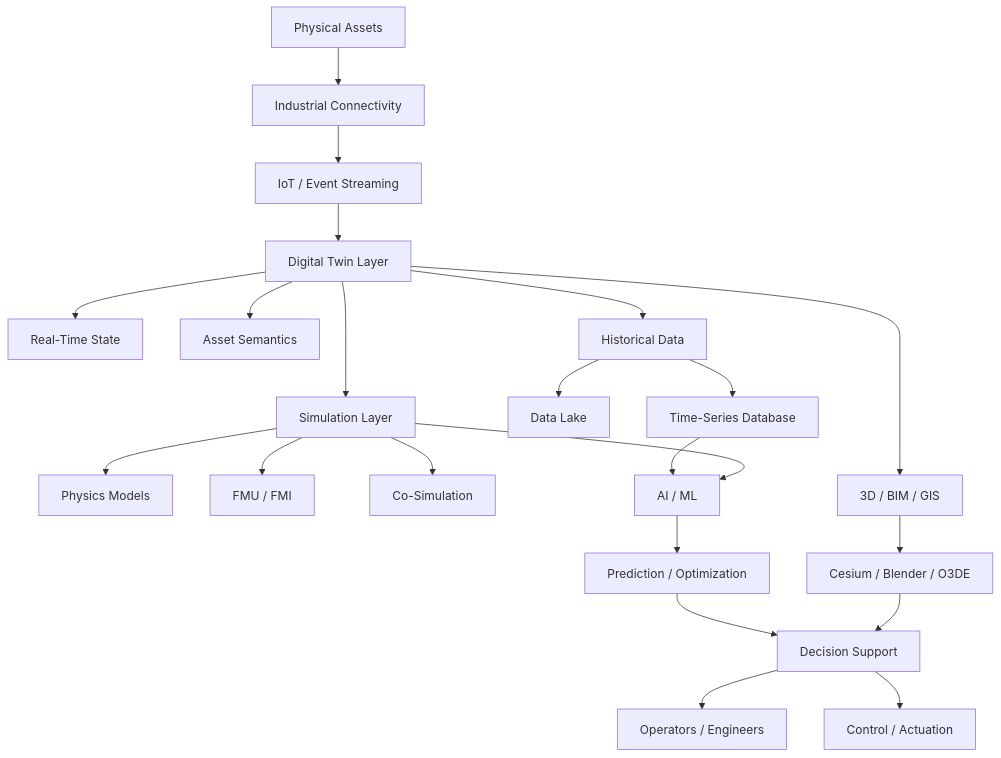
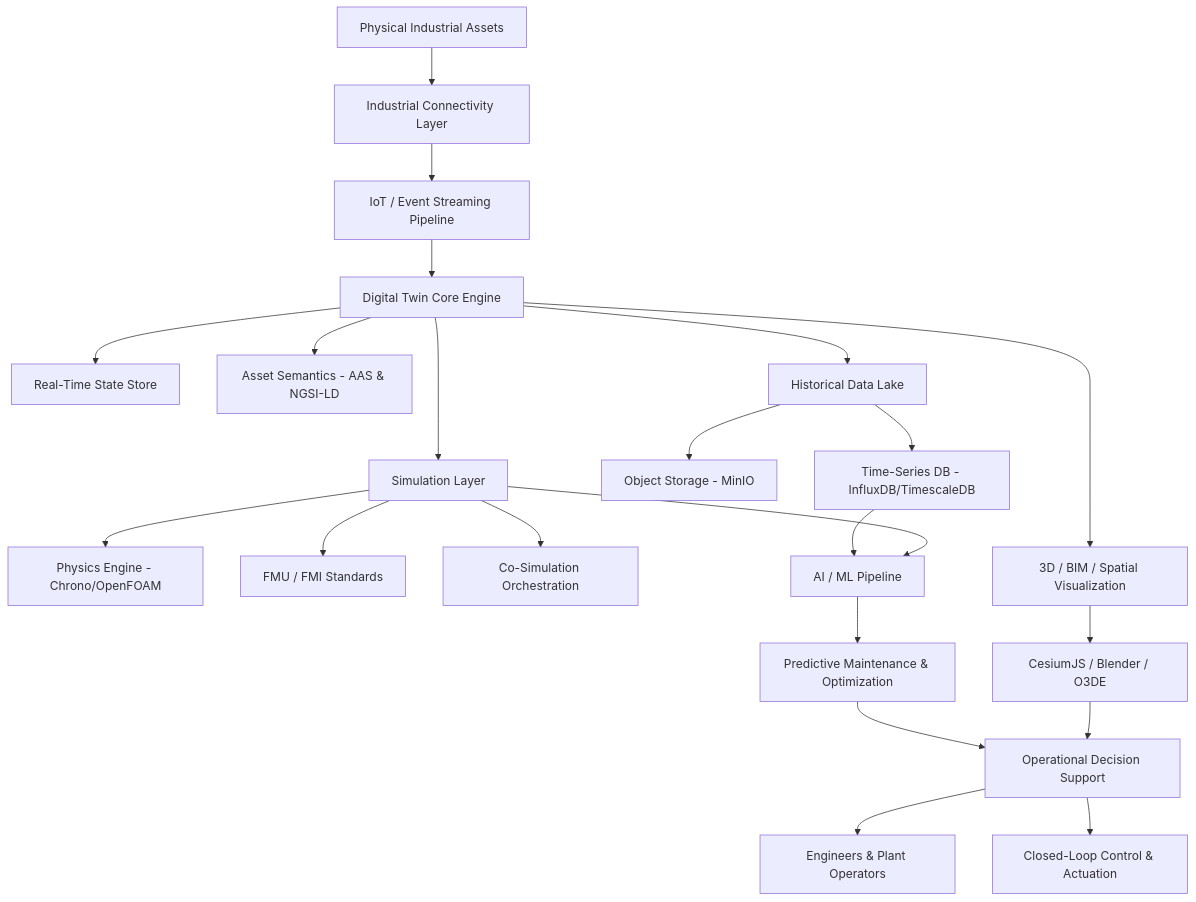
Before and after one commit to ishandutta2007/Awesome-Simulation-n-Digital-Twin-Platform: the first of 2 diagrams in README.md, drawn with Mermaid. The commit also changed other lines of this file and 2 other files, not shown here.

````diff
--- a/README.md
+++ b/README.md
@@ -979,31 +429,31 @@
 ```mermaid
 flowchart TB
-    A[Physical Assets] --> B[Industrial Connectivity]
-    B --> C[IoT / Event Streaming]
-    C --> D[Digital Twin Layer]
+    A[Physical Industrial Assets] --> B[Industrial Connectivity Layer]
+    B --> C[IoT / Event Streaming Pipeline]
+    C --> D[Digital Twin Core Engine]
 
-    D --> E[Real-Time State]
-    D --> F[Asset Semantics]
-    D --> G[Historical Data]
+    D --> E[Real-Time State Store]
+    D --> F[Asset Semantics - AAS & NGSI-LD]
+    D --> G[Historical Data Lake]
 
-    G --> H[Time-Series Database]
-    G --> I[Data Lake]
+    G --> H[Time-Series DB - InfluxDB/TimescaleDB]
+    G --> I[Object Storage - MinIO]
 
     D --> J[Simulation Layer]
-    J --> K[Physics Models]
-    J --> L[FMU / FMI]
-    J --> M[Co-Simulation]
+    J --> K[Physics Engine - Chrono/OpenFOAM]
+    J --> L[FMU / FMI Standards]
+    J --> M[Co-Simulation Orchestration]
 
-    H --> N[AI / ML]
+    H --> N[AI / ML Pipeline]
     J --> N
 
-    N --> O[Prediction / Optimization]
+    N --> O[Predictive Maintenance & Optimization]
 
-    D --> P[3D / BIM / GIS]
-    P --> Q[Cesium / Blender / O3DE]
+    D --> P[3D / BIM / Spatial Visualization]
+    P --> Q[CesiumJS / Blender / O3DE]
 
-    O --> R[Decision Support]
+    O --> R[Operational Decision Support]
     Q --> R
-    R --> S[Operators / Engineers]
-    R --> T[Control / Actuation]
+    R --> S[Engineers & Plant Operators]
+    R --> T[Closed-Loop Control & Actuation]
 ```
````
